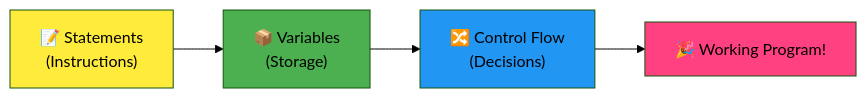
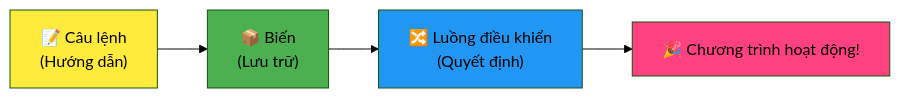
The fourth of 7 diagrams in translations/vi/1-getting-started-lessons/1-intro-to-programming-languages/README.md (microsoft/Web-Dev-For-Beginners), drawn with Mermaid (forest theme) before and after one commit. The commit also changed other lines of this file and 11 other files, not shown here.

````diff
--- a/translations/vi/1-getting-started-lessons/1-intro-to-programming-languages/README.md
+++ b/translations/vi/1-getting-started-lessons/1-intro-to-programming-languages/README.md
@@ -468,9 +466,9 @@
 ```mermaid
 flowchart LR
-    A["📝 Statements<br/>(Instructions)"] --> B["📦 Variables<br/>(Storage)"] --> C["🔀 Control Flow<br/>(Decisions)"] --> D["🎉 Working Program!"]
+    A["📝 Câu lệnh<br/>(Hướng dẫn)"] --> B["📦 Biến<br/>(Lưu trữ)"] --> C["🔀 Luồng điều khiển<br/>(Quyết định)"] --> D["🎉 Chương trình hoạt động!"]
     
     style A fill:#ffeb3b
     style B fill:#4caf50
     style C fill:#2196f3
     style D fill:#ff4081
-```
+```  
````
